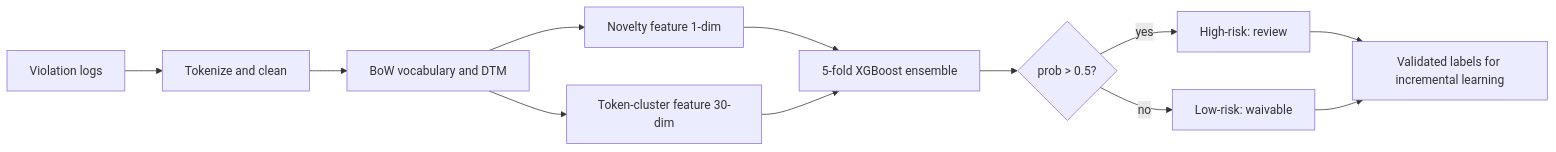
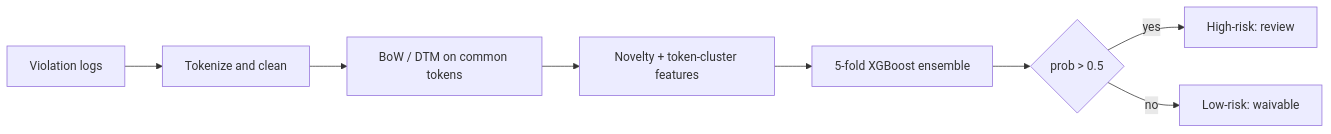
One commit to nemo99007/yt-paper changed the diagram in docs/papers/ref-20261018-c426-check-low-power-violations-by-using-machine-learning-based-c.md. Above: the diagram before and after it, drawn with Mermaid. The commit also changed other lines of this file and 172 other files, not shown here.

````diff
--- a/docs/papers/ref-20261018-c426-check-low-power-violations-by-using-machine-learning-based-c.md
+++ b/docs/papers/ref-20261018-c426-check-low-power-violations-by-using-machine-learning-based-c.md
@@ -199,14 +199,10 @@
 ```mermaid
 flowchart LR
-    A[Violation logs] --> B[Tokenize and clean]
-    B --> C[BoW vocabulary and DTM]
-    C --> D[Novelty feature 1-dim]
-    C --> E[Token-cluster feature 30-dim]
-    D --> F[5-fold XGBoost ensemble]
-    E --> F
-    F --> G{prob > 0.5?}
-    G -->|yes| H[High-risk: review]
-    G -->|no| I[Low-risk: waivable]
-    H --> J[Validated labels for incremental learning]
-    I --> J
+  A[Violation logs] --> B[Tokenize and clean]
+  B --> C[BoW / DTM on common tokens]
+  C --> D[Novelty + token-cluster features]
+  D --> E[5-fold XGBoost ensemble]
+  E --> F{prob > 0.5}
+  F -->|yes| G[High-risk: review]
+  F -->|no| H[Low-risk: waivable]
 ```
````
